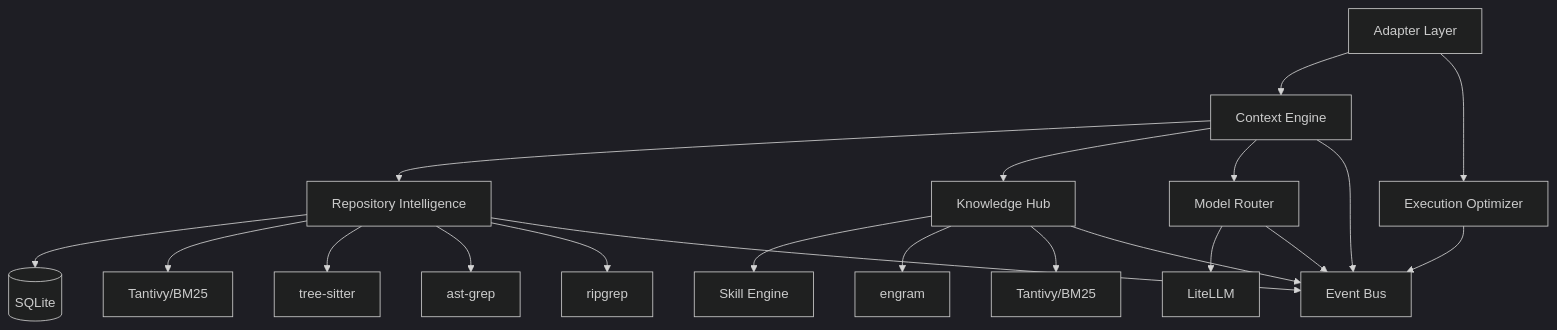
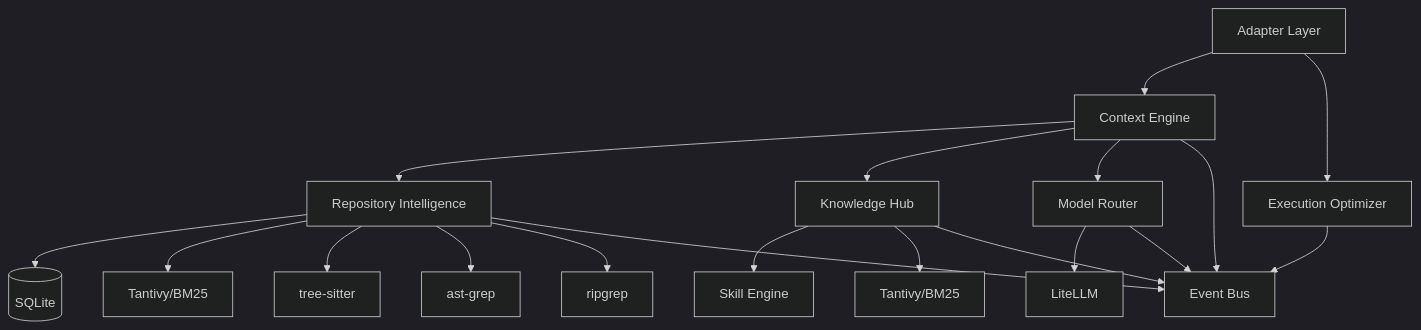
One commit to leonortega/coderun changed the second of 2 diagrams in docs/01-architecture/ARCHITECTURE.md. Above: the diagram before and after it, drawn with Mermaid (dark theme). The commit also changed other lines of this file and 44 other files, not shown here.

First line of the commit message:
feat(v1): minimal stack Tree-sitter+Tantivy+SQLite+Git, remove MkDocs/Knowledge Hub/LiteLLM, make skills opt-in, cache Tantivy reader, gate graph for large repos

````diff
--- a/docs/01-architecture/ARCHITECTURE.md
+++ b/docs/01-architecture/ARCHITECTURE.md
@@ -85,27 +83,26 @@
 ```mermaid
 graph TD
     AD[Adapter Layer] --> CE[Context Engine]
     AD --> EO[Execution Optimizer]
 
     CE --> RI[Repository Intelligence]
     CE --> KH[Knowledge Hub]
     CE --> MR[Model Router]
 
     KH --> SE[Skill Engine]
-    KH --> ENG[engram]
     KH --> TV[Tantivy/BM25]
 
     RI --> DB[(SQLite)]
     RI --> TV2[Tantivy/BM25]
     RI --> TS[tree-sitter]
     RI --> AG[ast-grep]
     RI --> RG[ripgrep]
 
     MR --> LL[LiteLLM]
 
     CE --> EB[Event Bus]
     MR --> EB
     RI --> EB
     KH --> EB
     EO --> EB
 ```
````
